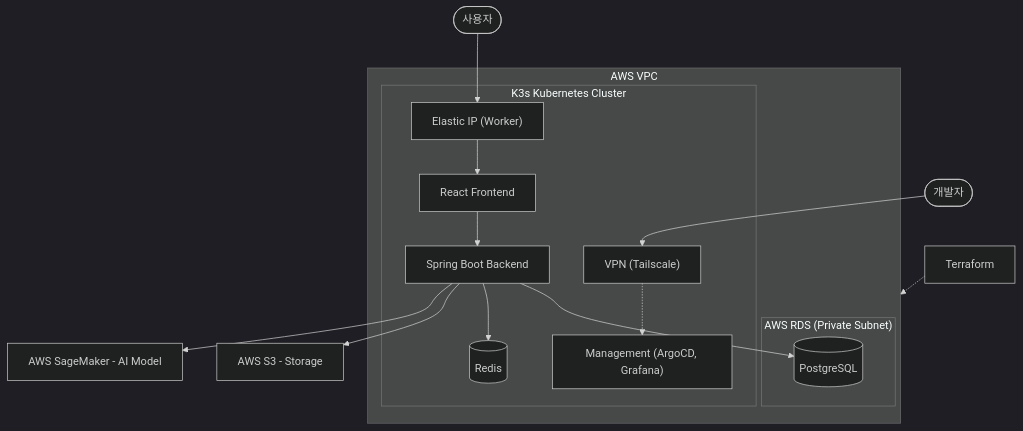
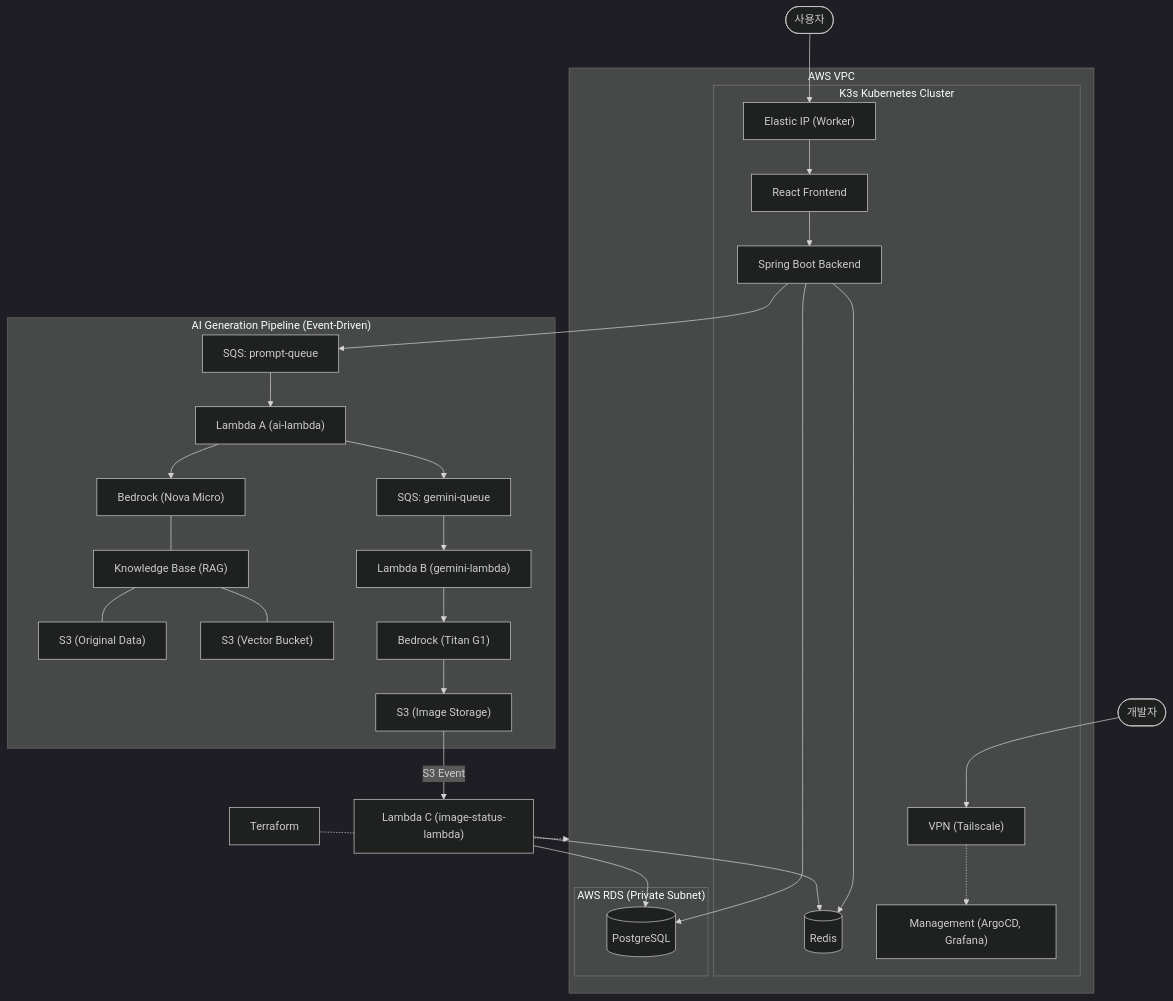
Before and after one commit to woosung142/Gloc-key: the diagram in README.md, drawn with Mermaid (dark theme). The commit also changed other lines of this file and 2 other files, not shown here.

Commit message:
docs: 최신화

````diff
--- a/README.md
+++ b/README.md
@@ -46,26 +46,42 @@
 ```mermaid
 graph TD
     User([사용자]) --> EIP["Elastic IP (Worker)"]
     Developer([개발자]) --> VPN["VPN (Tailscale)"]
     
     subgraph AWS_VPC["AWS VPC"]
         subgraph K3s_Cluster["K3s Kubernetes Cluster"]
             EIP --> Frontend[React Frontend]
             Frontend --> API[Spring Boot Backend]
             Redis[(Redis)]
             
             VPN -.-> Management["Management (ArgoCD, Grafana)"]
         end
         
         subgraph DB_Private["AWS RDS (Private Subnet)"]
             DB[(PostgreSQL)]
         end
     end
     
     API --> DB
     API --> Redis
-    API --> S3[AWS S3 - Storage]
-    API --> SageMaker[AWS SageMaker - AI Model]
+    API --> SQS1[SQS: prompt-queue]
+    
+    subgraph AI_Pipeline["AI Generation Pipeline (Event-Driven)"]
+        SQS1 --> LambdaA["Lambda A (ai-lambda)"]
+        LambdaA --> Bedrock1["Bedrock (Nova Micro)"]
+        Bedrock1 --- KB["Knowledge Base (RAG)"]
+        KB --- S3_Source["S3 (Original Data)"]
+        KB --- S3_Vector["S3 (Vector Bucket)"]
+        
+        LambdaA --> SQS2[SQS: gemini-queue]
+        SQS2 --> LambdaB["Lambda B (gemini-lambda)"]
+        LambdaB --> Bedrock2["Bedrock (Titan G1)"]
+        Bedrock2 --> S3_Img["S3 (Image Storage)"]
+    end
+    
+    S3_Img -- "S3 Event" --> LambdaC["Lambda C (image-status-lambda)"]
+    LambdaC --> Redis
+    LambdaC --> DB
     
     Terraform[Terraform] -.-> AWS_VPC
 ```
````
